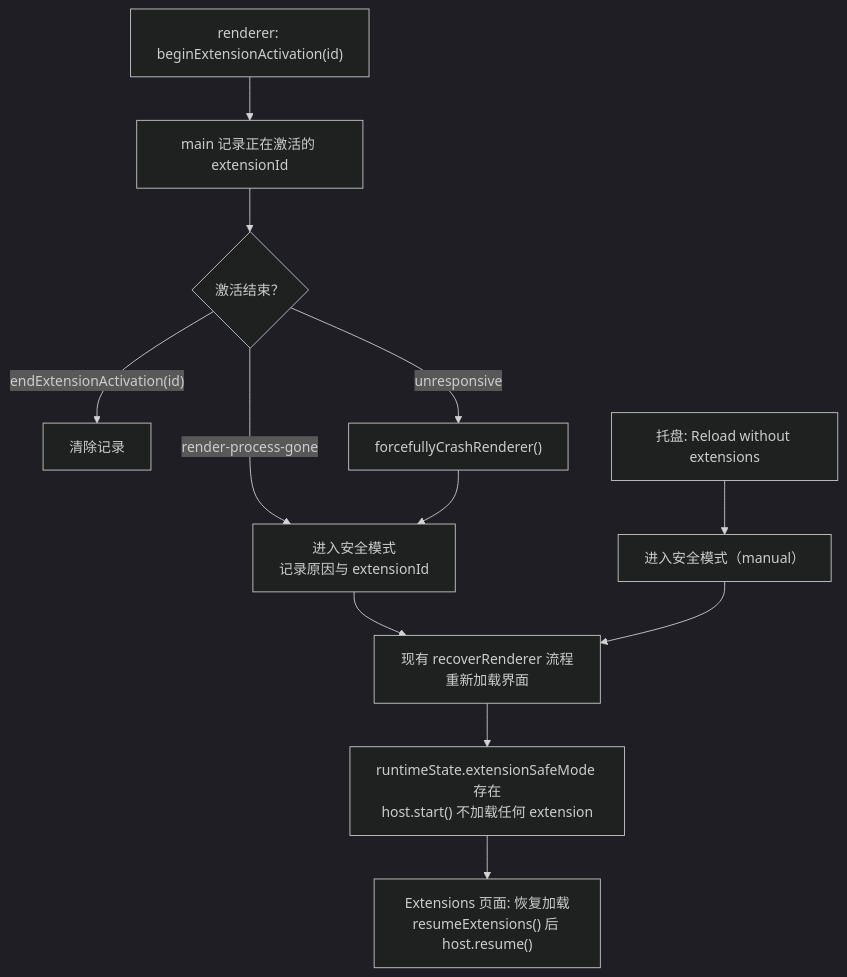
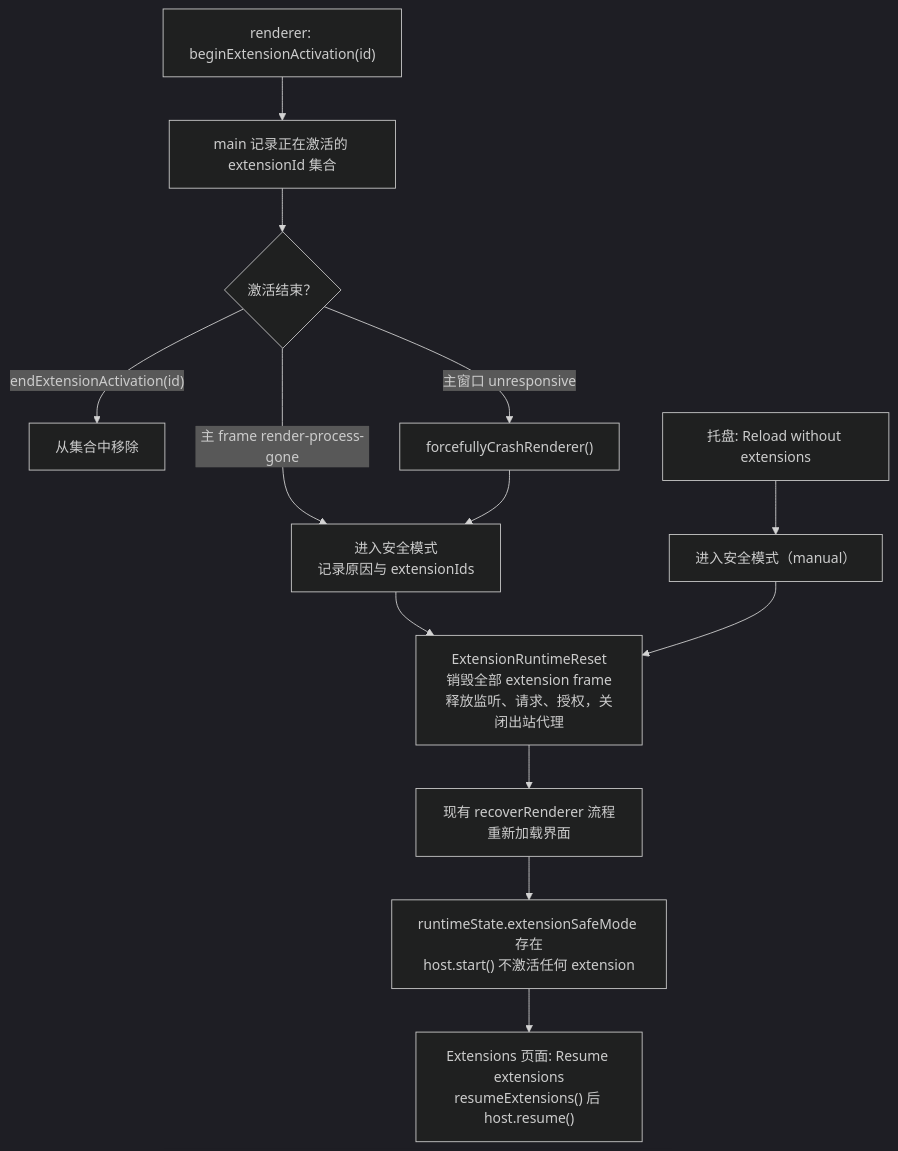
One commit to zxyao145/agw changed the tenth of 10 diagrams in docs/designs/2026-10-16-Desktop-Extension.md. Above: the diagram before and after it, drawn with Mermaid (dark theme). The commit also changed other lines of this file and 228 other files, not shown here.

````diff
--- a/docs/designs/2026-10-16-Desktop-Extension.md
+++ b/docs/designs/2026-10-16-Desktop-Extension.md
@@ -478,12 +1416,13 @@
 ```mermaid
 flowchart TD
-  Begin["renderer: beginExtensionActivation(id)"] --> Activating["main 记录正在激活的 extensionId"]
+  Begin["renderer: beginExtensionActivation(id)"] --> Activating["main 记录正在激活的 extensionId 集合"]
   Activating --> Done{"激活结束？"}
-  Done -->|"endExtensionActivation(id)"| Clear["清除记录"]
-  Done -->|"render-process-gone"| Enter["进入安全模式<br/>记录原因与 extensionId"]
-  Done -->|"unresponsive"| Crash["forcefullyCrashRenderer()"] --> Enter
-  Enter --> Recover["现有 recoverRenderer 流程重新加载界面"]
-  Recover --> Skip["runtimeState.extensionSafeMode 存在<br/>host.start() 不加载任何 extension"]
-  Tray["托盘: Reload without extensions"] --> Enter2["进入安全模式（manual）"] --> Recover
-  Skip --> Resume["Extensions 页面: 恢复加载<br/>resumeExtensions() 后 host.resume()"]
+  Done -->|"endExtensionActivation(id)"| Clear["从集合中移除"]
+  Done -->|"主 frame render-process-gone"| Enter["进入安全模式<br/>记录原因与 extensionIds"]
+  Done -->|"主窗口 unresponsive"| Crash["forcefullyCrashRenderer()"] --> Enter
+  Enter --> Reset["ExtensionRuntimeReset<br/>销毁全部 extension frame<br/>释放监听、请求、授权，关闭出站代理"]
+  Reset --> Recover["现有 recoverRenderer 流程重新加载界面"]
+  Recover --> Skip["runtimeState.extensionSafeMode 存在<br/>host.start() 不激活任何 extension"]
+  Tray["托盘: Reload without extensions"] --> Enter2["进入安全模式（manual）"] --> Reset
+  Skip --> Resume["Extensions 页面: Resume extensions<br/>resumeExtensions() 后 host.resume()"]
 ```
````
